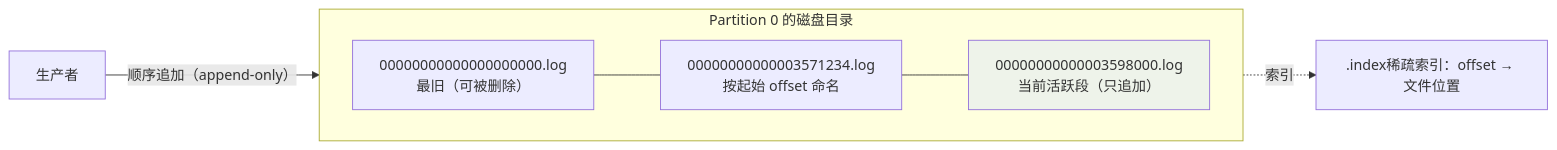
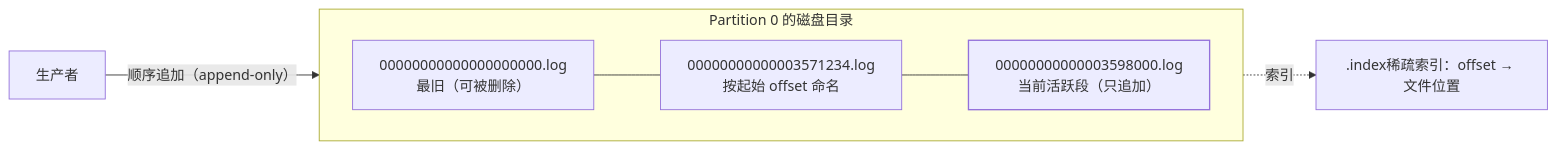
Before and after one commit to Loadhao/ascension: the second of 3 diagrams in src/content/docs/kafka/intermediate/core/01-kafka-architecture.md, drawn with Mermaid. The commit also changed other lines of this file and 87 other files, not shown here.

First line of the commit message:
fix: 全站图表配色改由主题接管，修复暗色主题下浅底浅字看不清

````diff
--- a/src/content/docs/kafka/intermediate/core/01-kafka-architecture.md
+++ b/src/content/docs/kafka/intermediate/core/01-kafka-architecture.md
@@ -54,11 +55,12 @@
 ```mermaid
 flowchart LR
     subgraph LOG["Partition 0 的磁盘目录"]
         direction LR
         S0["00000000000000000000.log<br/>最旧（可被删除）"] --- S1["00000000000003571234.log<br/>按起始 offset 命名"] --- S2["00000000000003598000.log<br/>当前活跃段（只追加）"]
     end
     W["生产者"] -->|"顺序追加（append-only）"| S2
     S1 -.索引.-> IDX[".index稀疏索引：offset → 文件位置"]
 
-    style S2 fill:#eef3ea
+    class S2 good
+    classDef good stroke-width:1.5px
 ```
````
